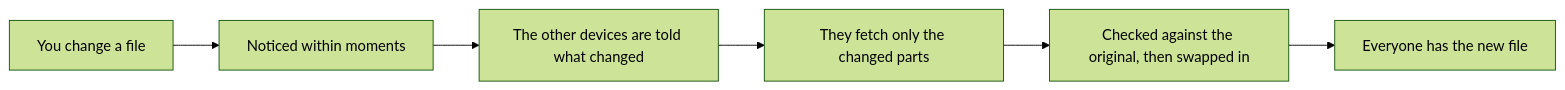
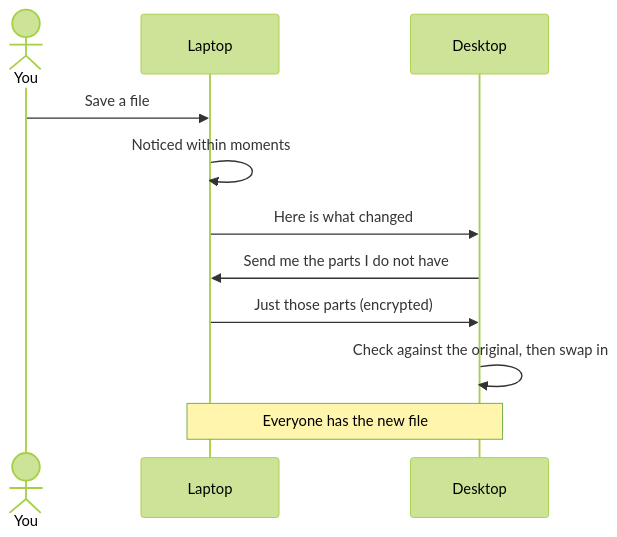
One commit to mrmoss/rustsync changed the third of 3 diagrams in README.md. Above: the diagram before and after it, drawn with Mermaid (forest theme). The commit also changed other lines of this file and 6 other files, not shown here.

````diff
--- a/README.md
+++ b/README.md
@@ -88,8 +97,13 @@
 ```mermaid
-flowchart LR
-    E["You change a file"] --> D["Noticed within moments"]
-    D --> T["The other devices are told what changed"]
-    T --> F["They fetch only the changed parts"]
-    F --> C["Checked against the original, then swapped in"]
-    C --> U["Everyone has the new file"]
+sequenceDiagram
+    actor You
+    participant A as Laptop
+    participant B as Desktop
+    You->>A: Save a file
+    A->>A: Noticed within moments
+    A->>B: Here is what changed
+    B->>A: Send me the parts I do not have
+    A->>B: Just those parts (encrypted)
+    B->>B: Check against the original, then swap in
+    Note over A,B: Everyone has the new file
 ```
````
